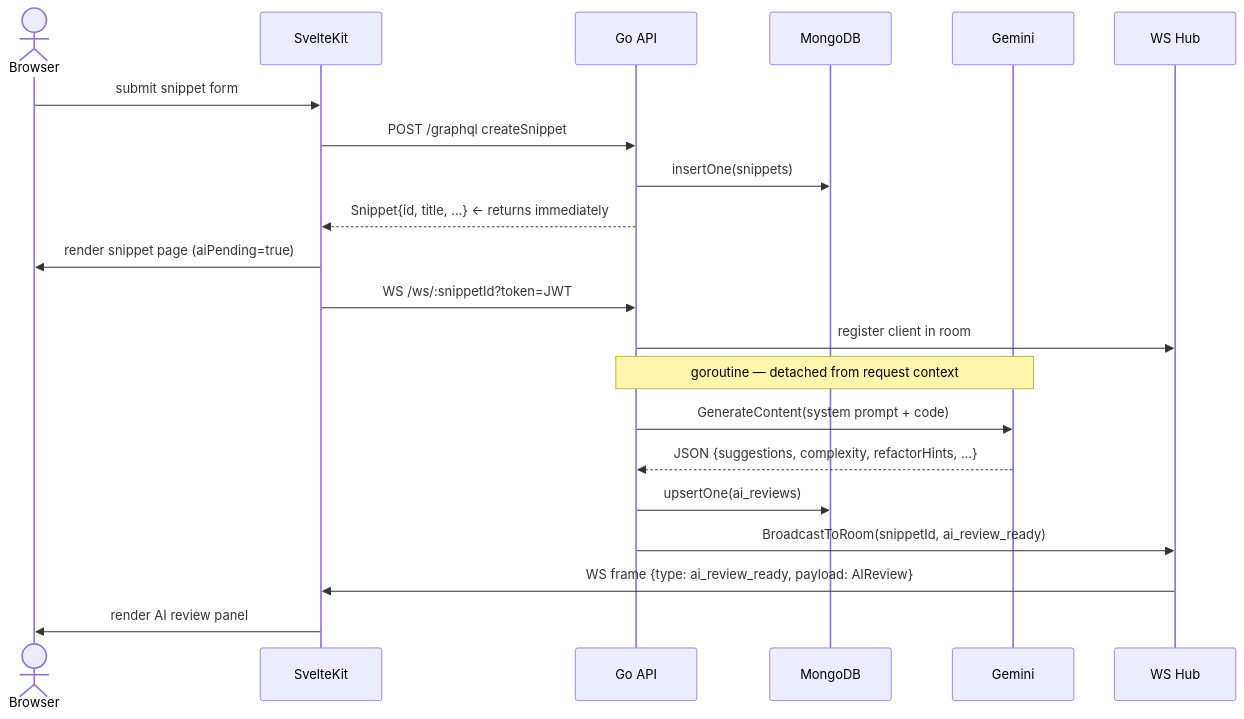
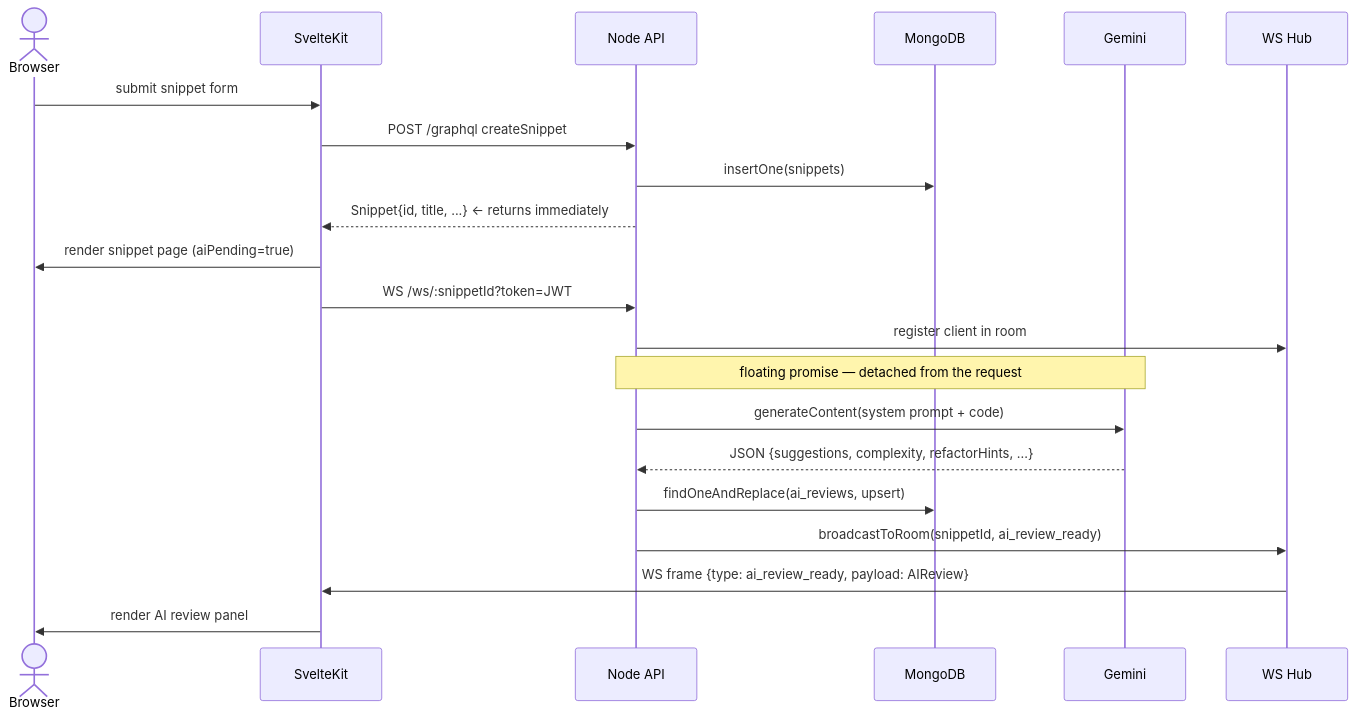
The third of 3 diagrams in README.md (souvik-biswas-dev/ReviewFlow), drawn with Mermaid before and after one commit. The commit also changed other lines of this file and 1 other file, not shown here.

First line of the commit message:
docs: document the Node backend architecture and workflow

````diff
--- a/README.md
+++ b/README.md
@@ -203,25 +202,25 @@
 ```mermaid
 sequenceDiagram
     actor Browser
     participant FE as SvelteKit
-    participant BE as Go API
+    participant BE as Node API
     participant DB as MongoDB
     participant Gemini
     participant Hub as WS Hub
 
     Browser->>FE: submit snippet form
     FE->>BE: POST /graphql  createSnippet
     BE->>DB: insertOne(snippets)
     BE-->>FE: Snippet{id, title, ...} ← returns immediately
     FE->>Browser: render snippet page (aiPending=true)
     FE->>BE: WS /ws/:snippetId?token=JWT
     BE->>Hub: register client in room
 
-    Note over BE,Gemini: goroutine — detached from request context
-    BE->>Gemini: GenerateContent(system prompt + code)
+    Note over BE,Gemini: floating promise — detached from the request
+    BE->>Gemini: generateContent(system prompt + code)
     Gemini-->>BE: JSON {suggestions, complexity, refactorHints, ...}
-    BE->>DB: upsertOne(ai_reviews)
-    BE->>Hub: BroadcastToRoom(snippetId, ai_review_ready)
+    BE->>DB: findOneAndReplace(ai_reviews, upsert)
+    BE->>Hub: broadcastToRoom(snippetId, ai_review_ready)
     Hub->>FE: WS frame {type: ai_review_ready, payload: AIReview}
     FE->>Browser: render AI review panel
 ```
````
